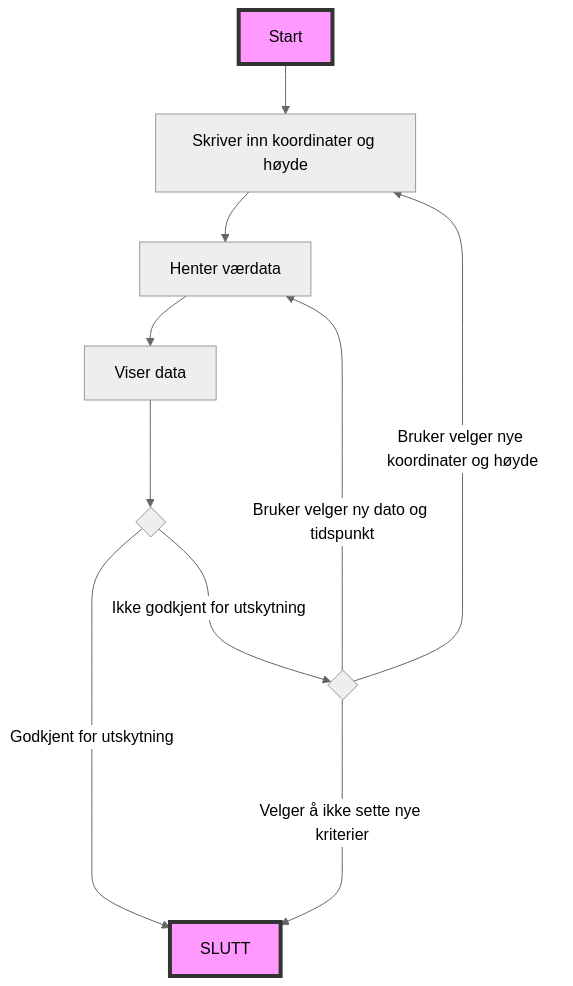
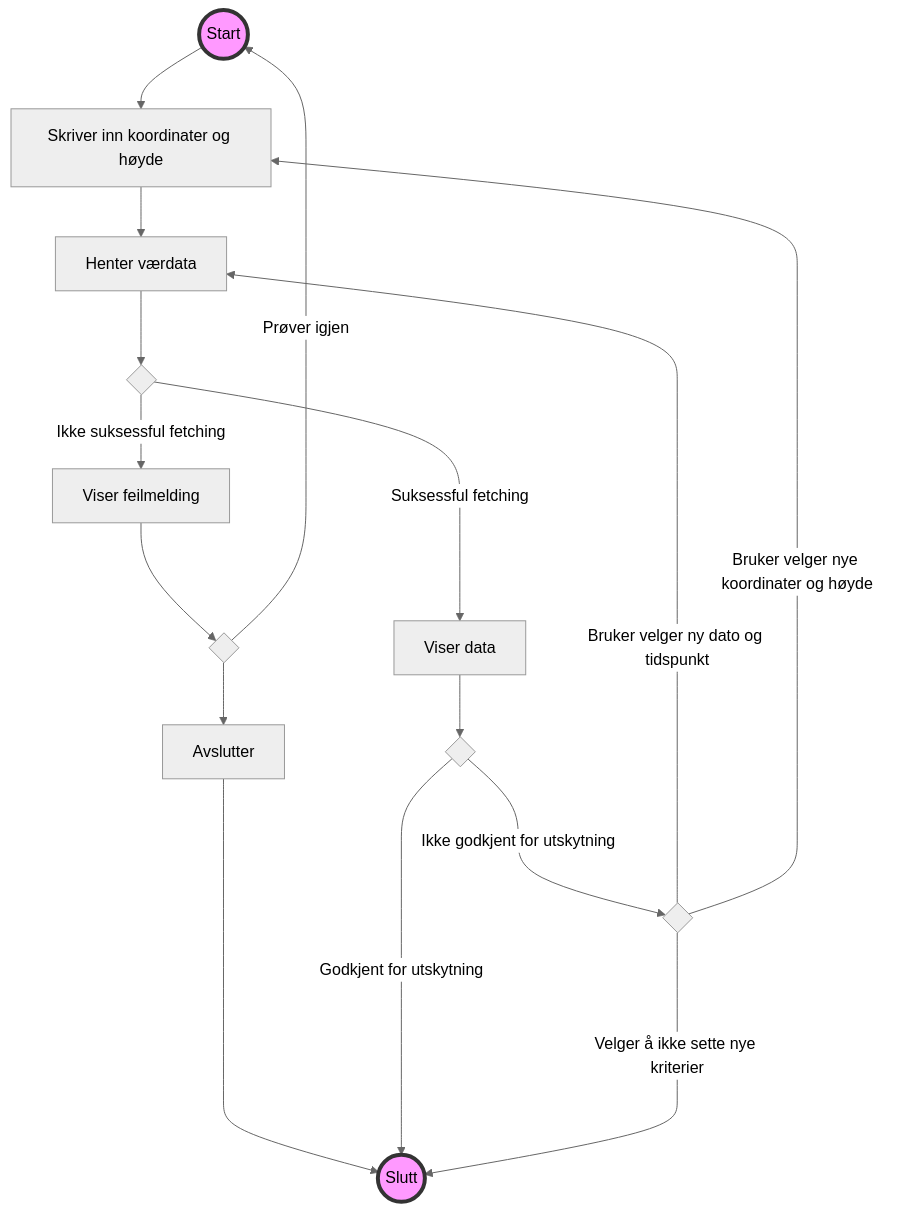
Before and after one commit to Nithusan2002/LiftOff: the second of 2 diagrams in MODELING.md, drawn with Mermaid (neutral theme).

````diff
--- a/MODELING.md
+++ b/MODELING.md
@@ -60,16 +60,21 @@
 ``` mermaid
 flowchart TD
-    style A fill:#f9f,stroke:#333,stroke-width:4px
-    style Å fill:#f9f,stroke:#333,stroke-width:4px
-
-    A[Start] --> B[Skriver inn koordinater og høyde]
+    style Start fill:#f9f,stroke:#333,stroke-width:4px
+    style Slutt fill:#f9f,stroke:#333,stroke-width:4px
+    
+    Start((Start)) 
+    Start --> B[Skriver inn koordinater og høyde]
     B --> E[Henter værdata]
-    E --> G[Viser data] --> H{ }
-    H --> |Godkjent for utskytning| Å
+    E --> P{ }
+    P ---> |Suksessful fetching| G[Viser data] --> H{ }
+    P --> |Ikke suksessful fetching| T[Viser feilmelding]
+    T --> Q{ } --> Avslutter --> Slutt
+    Q --> |Prøver igjen| Start
+    H --> |Godkjent for utskytning| Slutt
     H ---> |Ikke godkjent for utskytning| K{ }
     K --> |Bruker velger ny dato og tidspunkt| E
     K --> |Bruker velger nye koordinater og høyde|B 
-    K ----> |Velger å ikke sette nye kriterier|Å
+    K ----> |Velger å ikke sette nye kriterier|Slutt
 
-    Å[SLUTT]
+    Slutt((Slutt))
 ```
````
